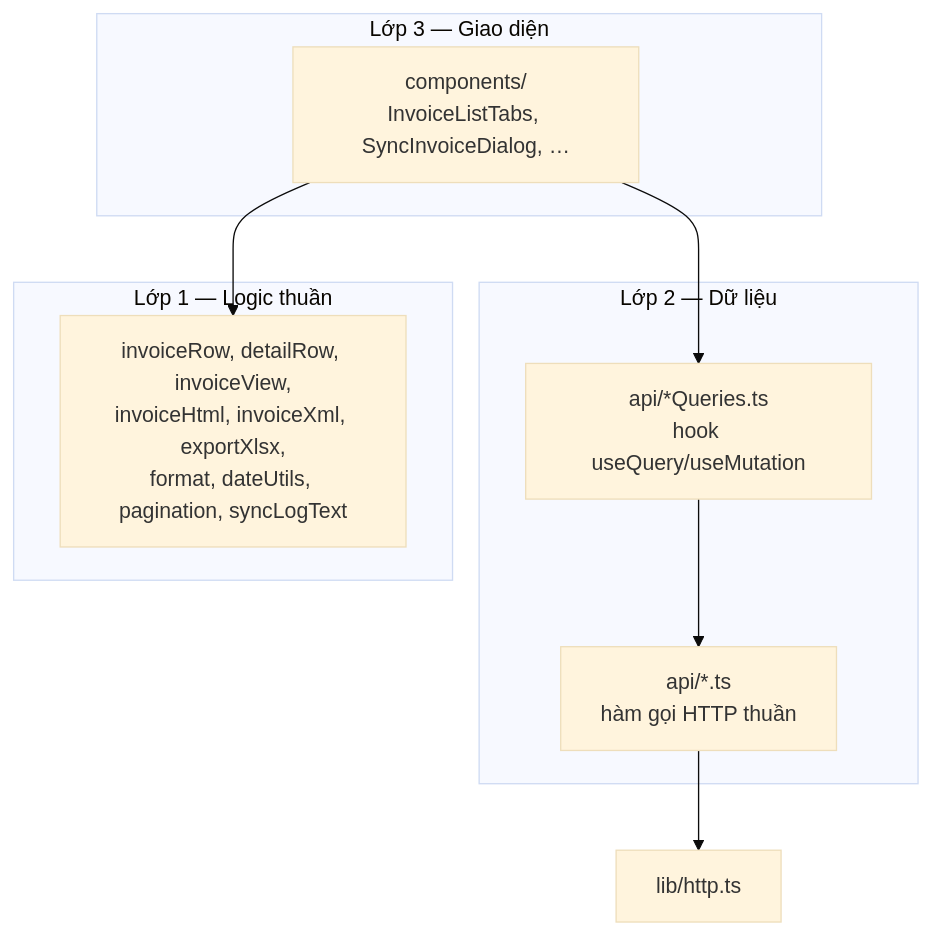
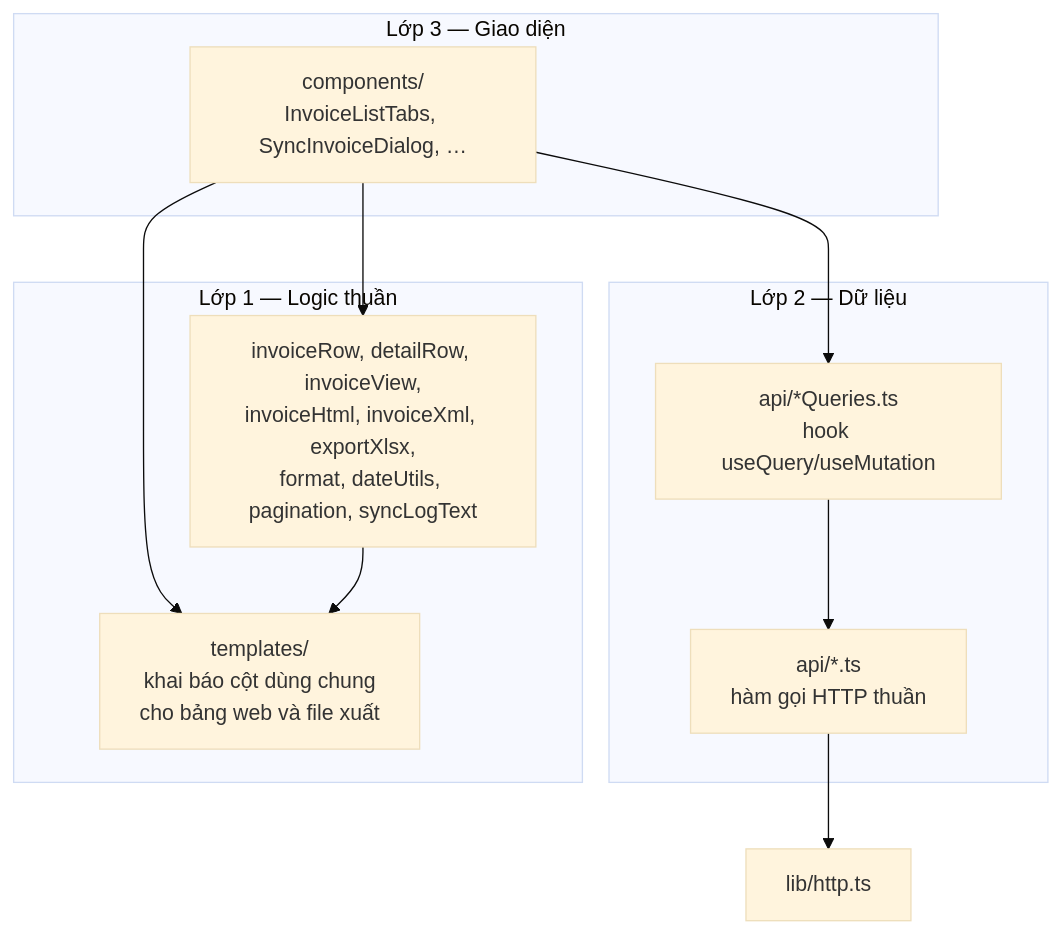
The first of 2 diagrams in hdđt_maxv/docs/03-kien-truc-va-thu-muc.md (phamvinh203/be_maxv), drawn with Mermaid (base theme) before and after one commit. The commit also changed 19 other files, not shown here.

````diff
--- a/hdđt_maxv/docs/03-kien-truc-va-thu-muc.md
+++ b/hdđt_maxv/docs/03-kien-truc-va-thu-muc.md
@@ -94,18 +94,21 @@
 ```mermaid
 flowchart TD
     subgraph L3["Lớp 3 — Giao diện"]
         C["components/<br/>InvoiceListTabs, SyncInvoiceDialog, …"]
     end
     subgraph L2["Lớp 2 — Dữ liệu"]
         Q["api/*Queries.ts<br/>hook useQuery/useMutation"]
         A["api/*.ts<br/>hàm gọi HTTP thuần"]
     end
     subgraph L1["Lớp 1 — Logic thuần"]
         U["invoiceRow, detailRow, invoiceView,<br/>invoiceHtml, invoiceXml, exportXlsx,<br/>format, dateUtils, pagination, syncLogText"]
+        T["templates/<br/>khai báo cột dùng chung<br/>cho bảng web và file xuất"]
     end
 
     C --> Q
     C --> U
+    C --> T
+    U --> T
     Q --> A
     A --> HTTP["lib/http.ts"]
 ```
````
